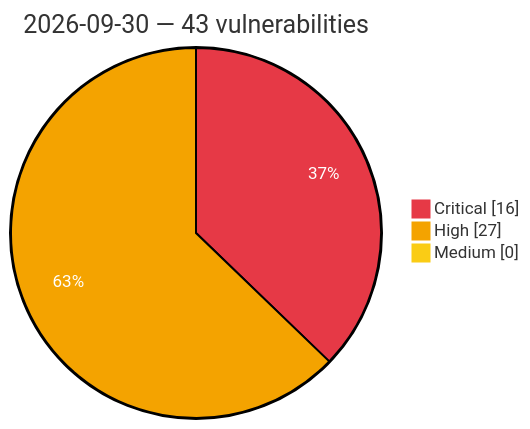
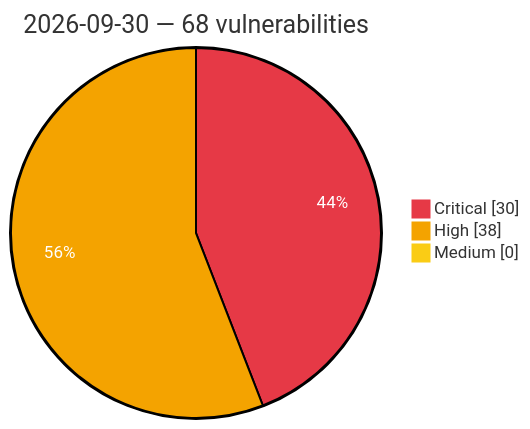
One commit to GhostX0X/vuln-tracker changed the diagram in vulnerabilities/2026/September/2026-09-30.md. Above: the diagram before and after it, drawn with Mermaid. The commit also changed other lines of this file and 5 other files, not shown here.

Commit message:
Auto update: critical/high vulns (2026-09-30 19:18 UTC)

````diff
--- a/vulnerabilities/2026/September/2026-09-30.md
+++ b/vulnerabilities/2026/September/2026-09-30.md
@@ -3,8 +3,8 @@
 ```mermaid
 %%{init: {'theme':'base', 'themeVariables': {'pie1':'#e63946', 'pie2':'#f4a300', 'pie3':'#facc15', 'pieOpacity':'1', 'pieOuterStrokeWidth':'2px', 'pieSectionTextColor':'#ffffff'}}}%%
 pie showData
-    title 2026-09-30 — 43 vulnerabilities
-    "Critical" : 16
-    "High" : 27
+    title 2026-09-30 — 68 vulnerabilities
+    "Critical" : 30
+    "High" : 38
     "Medium" : 0
 ```
````
